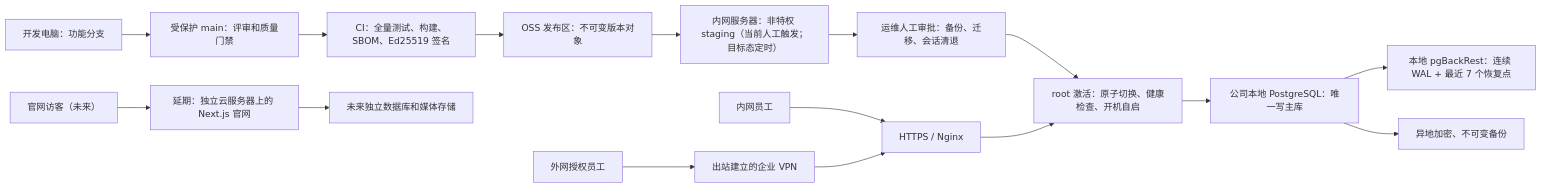
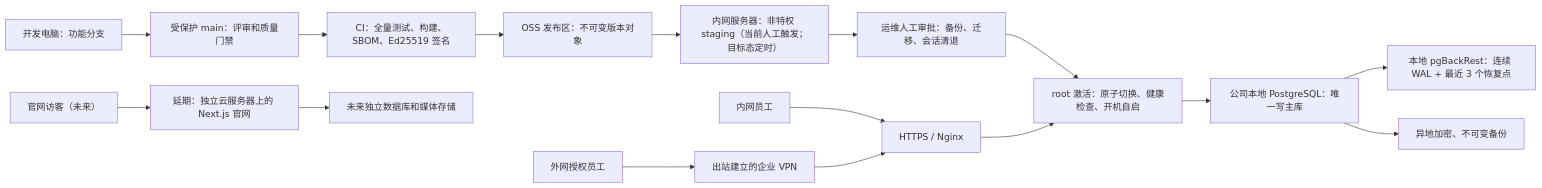
One commit to BruceChu0424/utenelec_imp changed the diagram in deploy/operator-guide.zh-CN.md. Above: the diagram before and after it, drawn with Mermaid. The commit also changed other lines of this file and 82 other files, not shown here.

````diff
--- a/deploy/operator-guide.zh-CN.md
+++ b/deploy/operator-guide.zh-CN.md
@@ -45,20 +45,20 @@
 ```mermaid
 flowchart LR
     DEV["开发电脑：功能分支"] --> PR["受保护 main：评审和质量门禁"]
     PR --> CI["CI：全量测试、构建、SBOM、Ed25519 签名"]
     CI --> OSSR["OSS 发布区：不可变版本对象"]
     OSSR --> STAGE["内网服务器：非特权 staging（当前人工触发；目标态定时）"]
     STAGE --> APPROVE["运维人工审批：备份、迁移、会话清退"]
     APPROVE --> APP["root 激活：原子切换、健康检查、开机自启"]
 
     LAN["内网员工"] --> TLS["HTTPS / Nginx"]
     REMOTE["外网授权员工"] --> VPN["出站建立的企业 VPN"]
     VPN --> TLS
     TLS --> APP
     APP --> DB["公司本地 PostgreSQL：唯一写主库"]
-    DB --> LOCALBK["本地 pgBackRest：连续 WAL + 最近 7 个恢复点"]
+    DB --> LOCALBK["本地 pgBackRest：连续 WAL + 最近 3 个恢复点"]
     DB --> OFFSITE["异地加密、不可变备份"]
 
     PUBLIC["官网访客（未来）"] --> SITE["延期：独立云服务器上的 Next.js 官网"]
     SITE --> SITEDATA["未来独立数据库和媒体存储"]
 ```
````
